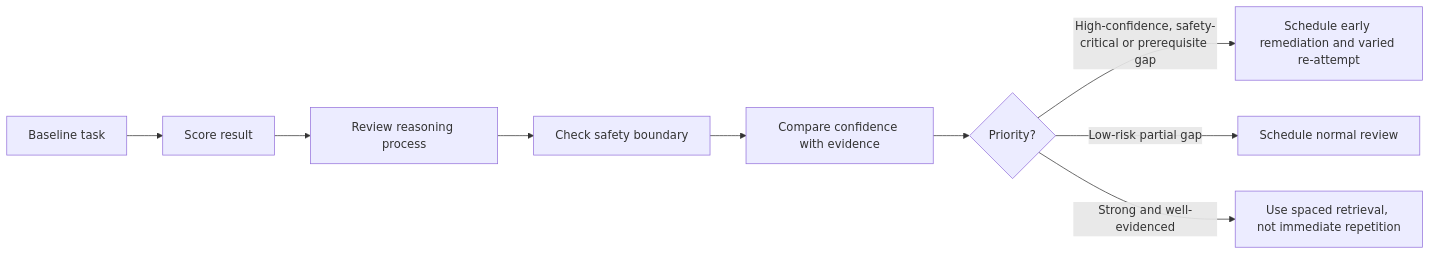
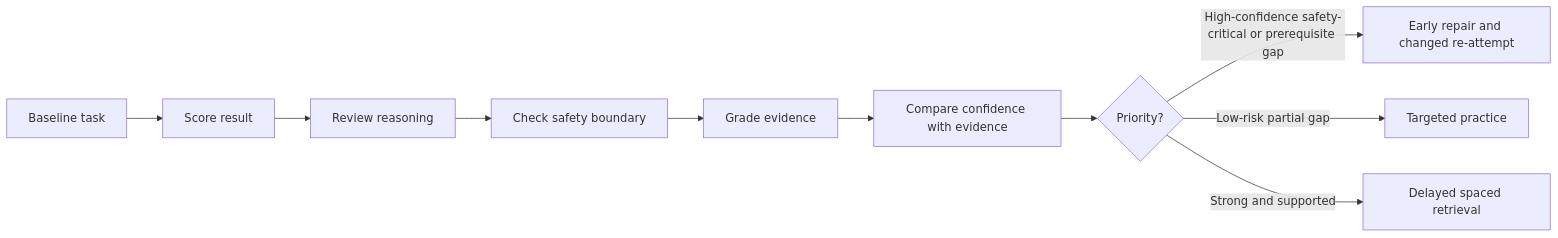
One commit to andrew3stedall/capstone changed the second of 2 diagrams in docs/learning-plans/6-week/modules/day-01-program-orientation-assessment-map-and-source-hierarchy.md. Above: the diagram before and after it, drawn with Mermaid. The commit also changed other lines of this file, not shown here.

````diff
--- a/docs/learning-plans/6-week/modules/day-01-program-orientation-assessment-map-and-source-hierarchy.md
+++ b/docs/learning-plans/6-week/modules/day-01-program-orientation-assessment-map-and-source-hierarchy.md
@@ -190,11 +183,12 @@
 ```mermaid
 flowchart LR
     A["Baseline task"] --> B["Score result"]
-    B --> C["Review reasoning process"]
+    B --> C["Review reasoning"]
     C --> D["Check safety boundary"]
-    D --> E["Compare confidence with evidence"]
-    E --> F{"Priority?"}
-    F -->|"High-confidence, safety-critical or prerequisite gap"| G["Schedule early remediation and varied re-attempt"]
-    F -->|"Low-risk partial gap"| H["Schedule normal review"]
-    F -->|"Strong and well-evidenced"| I["Use spaced retrieval, not immediate repetition"]
+    D --> E["Grade evidence"]
+    E --> F["Compare confidence with evidence"]
+    F --> G{"Priority?"}
+    G -->|"High-confidence safety-critical or prerequisite gap"| H["Early repair and changed re-attempt"]
+    G -->|"Low-risk partial gap"| I["Targeted practice"]
+    G -->|"Strong and supported"| J["Delayed spaced retrieval"]
 ```
````
